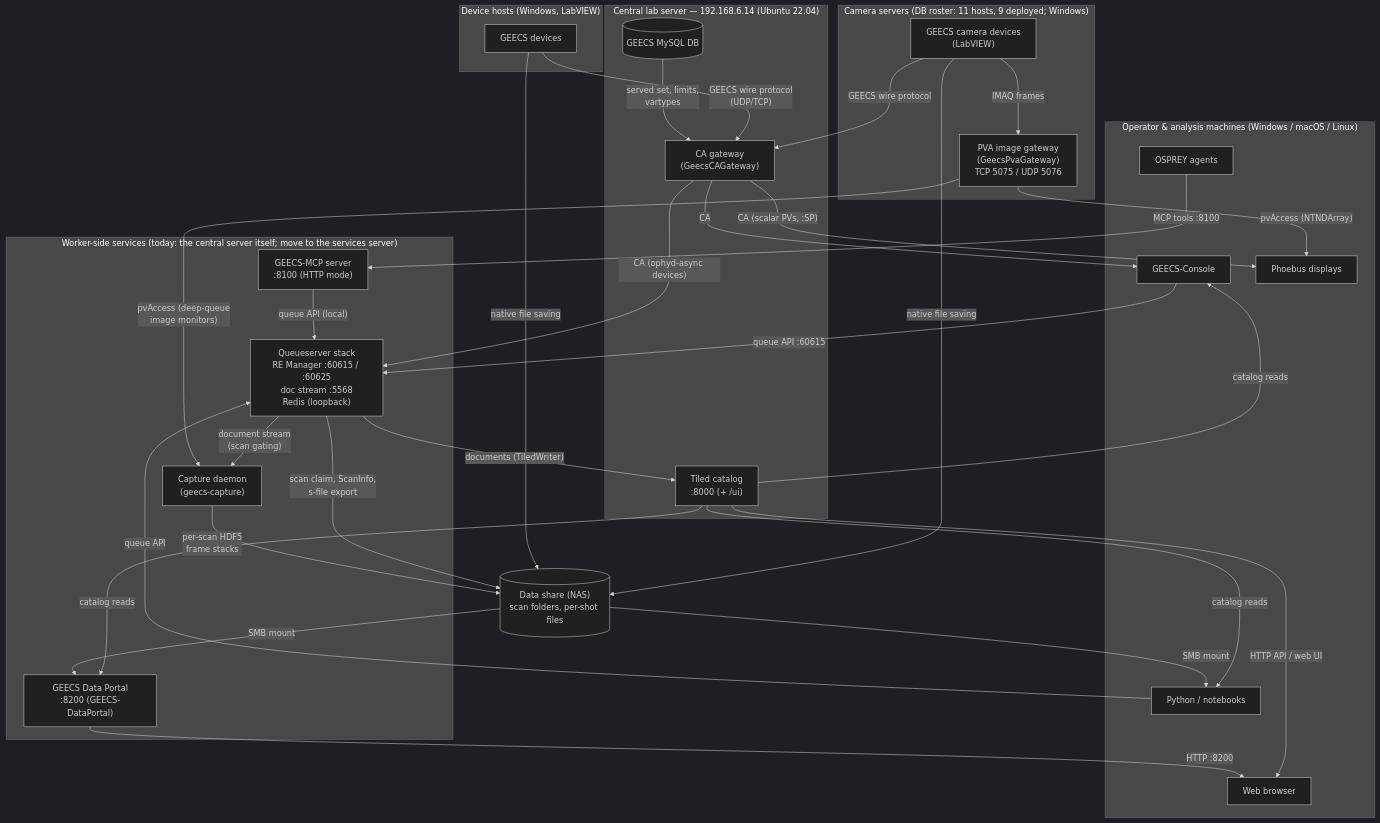
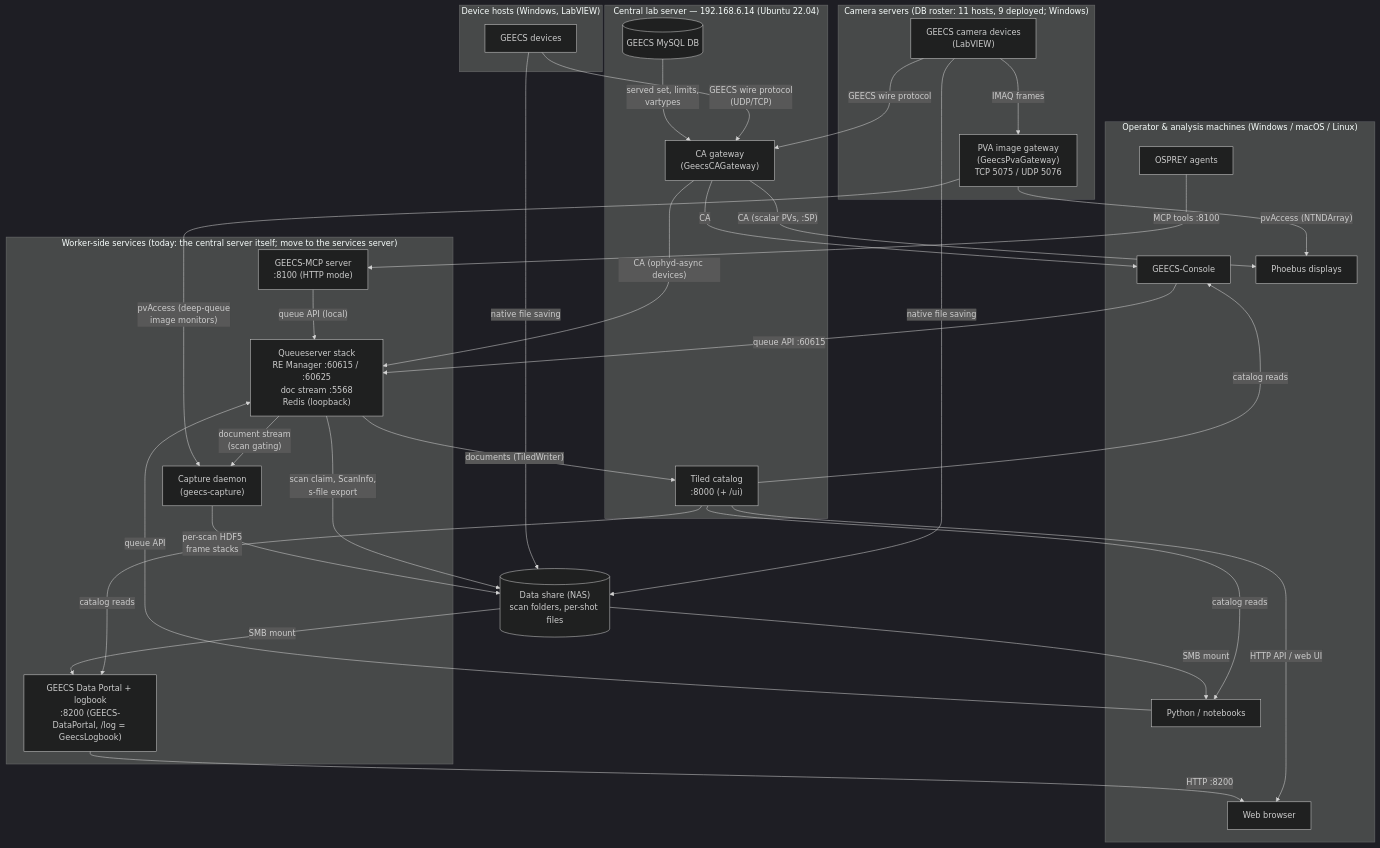
The diagram in docs/platform/fleet_map.md (GEECS-BELLA/GEECS-Plugins), drawn with Mermaid (dark theme) before and after one commit. The commit also changed other lines of this file, not shown here.

Commit message:
docs: fleet map — the portal hosts the logbook at /log (deployed 2026-09-12)

````diff
--- a/docs/platform/fleet_map.md
+++ b/docs/platform/fleet_map.md
@@ -42,65 +42,65 @@
 ```mermaid
 flowchart TB
     subgraph clients["Operator & analysis machines (Windows / macOS / Linux)"]
         console["GEECS-Console"]
         phoebus["Phoebus displays"]
         nb["Python / notebooks"]
         osprey["OSPREY agents"]
         browser["Web browser"]
     end
 
     subgraph central["Central lab server — 192.168.6.14 (Ubuntu 22.04)"]
         cagw["CA gateway<br/>(GeecsCAGateway)"]
         tiled["Tiled catalog<br/>:8000 (+ /ui)"]
         db[("GEECS MySQL DB")]
     end
 
     subgraph worker["Worker-side services (today: the central server itself; move to the services server)"]
         qs["Queueserver stack<br/>RE Manager :60615 / :60625<br/>doc stream :5568<br/>Redis (loopback)"]
         mcp["GEECS-MCP server<br/>:8100 (HTTP mode)"]
         capture["Capture daemon<br/>(geecs-capture)"]
-        portal["GEECS Data Portal<br/>:8200 (GEECS-DataPortal)"]
+        portal["GEECS Data Portal + logbook<br/>:8200 (GEECS-DataPortal, /log = GeecsLogbook)"]
     end
 
     subgraph camsrv["Camera servers (DB roster: 11 hosts, 9 deployed; Windows)"]
         cams["GEECS camera devices<br/>(LabVIEW)"]
         pvagw["PVA image gateway<br/>(GeecsPvaGateway)<br/>TCP 5075 / UDP 5076"]
     end
 
     subgraph devhosts["Device hosts (Windows, LabVIEW)"]
         devs["GEECS devices"]
     end
 
     nas[("Data share (NAS)<br/>scan folders, per-shot files")]
 
     devs -- "GEECS wire protocol<br/>(UDP/TCP)" --> cagw
     cams -- "GEECS wire protocol" --> cagw
     cams -- "IMAQ frames" --> pvagw
     db -- "served set, limits,<br/>vartypes" --> cagw
 
     cagw -- "CA (scalar PVs, :SP)" --> phoebus
     cagw -- "CA" --> console
     cagw -- "CA (ophyd-async devices)" --> qs
     pvagw -- "pvAccess (NTNDArray)" --> phoebus
 
     console -- "queue API :60615" --> qs
     nb -- "queue API" --> qs
     osprey -- "MCP tools :8100" --> mcp
     mcp -- "queue API (local)" --> qs
 
     qs -- "documents (TiledWriter)" --> tiled
     qs -- "scan claim, ScanInfo,<br/>s-file export" --> nas
     qs -- "document stream<br/>(scan gating)" --> capture
     pvagw -- "pvAccess (deep-queue<br/>image monitors)" --> capture
     capture -- "per-scan HDF5<br/>frame stacks" --> nas
     cams -- "native file saving" --> nas
     devs -- "native file saving" --> nas
 
     tiled -- "HTTP API / web UI" --> browser
     tiled -- "catalog reads" --> console
     tiled -- "catalog reads" --> nb
     tiled -- "catalog reads" --> portal
     nas -- "SMB mount" --> portal
     portal -- "HTTP :8200" --> browser
     nas -- "SMB mount" --> nb
 ```
````
